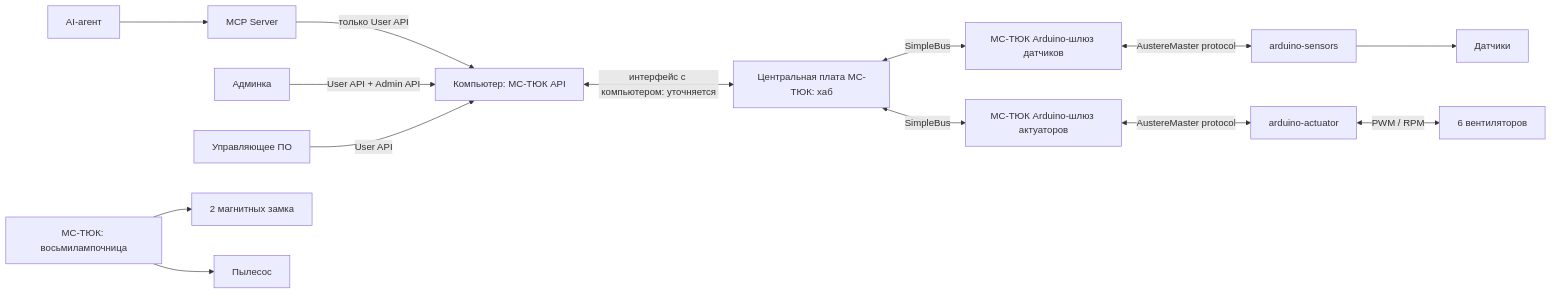
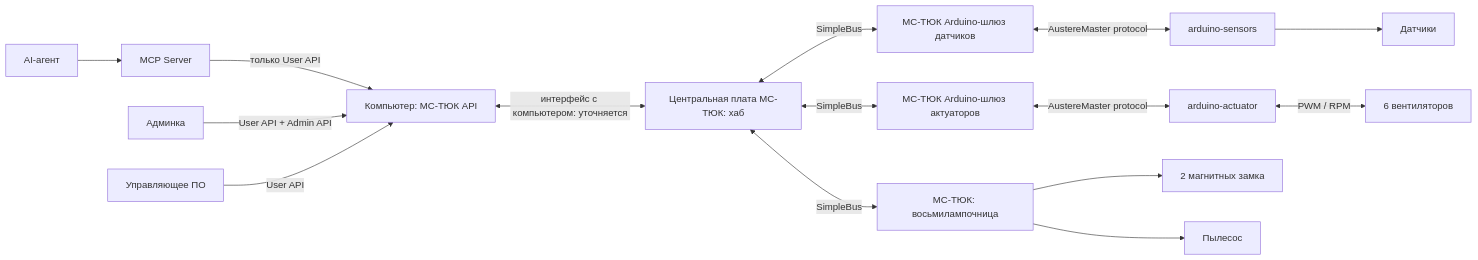
The first of 2 diagrams in docs/HARDWARE-API-ARCHITECTURE.md (polyus-nt/mki-server), drawn with Mermaid before and after one commit. The commit also changed other lines of this file and 2 other files, not shown here.

Commit message:
Confirm BMP280 replacement, sensor models and SimpleBus output board

````diff
--- a/docs/HARDWARE-API-ARCHITECTURE.md
+++ b/docs/HARDWARE-API-ARCHITECTURE.md
@@ -17,16 +17,17 @@
 ```mermaid
 flowchart LR
     Agent["AI-агент"] --> MCP["MCP Server"]
     MCP -->|"только User API"| API["Компьютер: МС-ТЮК API"]
     Admin["Админка"] -->|"User API + Admin API"| API
     Controller["Управляющее ПО"] -->|"User API"| API
     API <-->|"интерфейс с компьютером: уточняется"| Hub["Центральная плата МС-ТЮК: хаб"]
     Hub <-->|SimpleBus| GWS["МС-ТЮК Arduino-шлюз датчиков"]
     Hub <-->|SimpleBus| GWA["МС-ТЮК Arduino-шлюз актуаторов"]
     GWS <-->|"AustereMaster protocol"| Sensors["arduino-sensors"]
     GWA <-->|"AustereMaster protocol"| Actuator["arduino-actuator"]
     Sensors --> HWs["Датчики"]
     Actuator <-->|"PWM / RPM"| Fans["6 вентиляторов"]
-    Eight["МС-ТЮК: восьмилампочница"] --> Lock["2 магнитных замка"]
+    Hub <-->|SimpleBus| Eight["МС-ТЮК: восьмилампочница"]
+    Eight --> Lock["2 магнитных замка"]
     Eight --> Vacuum["Пылесос"]
 ```
````
